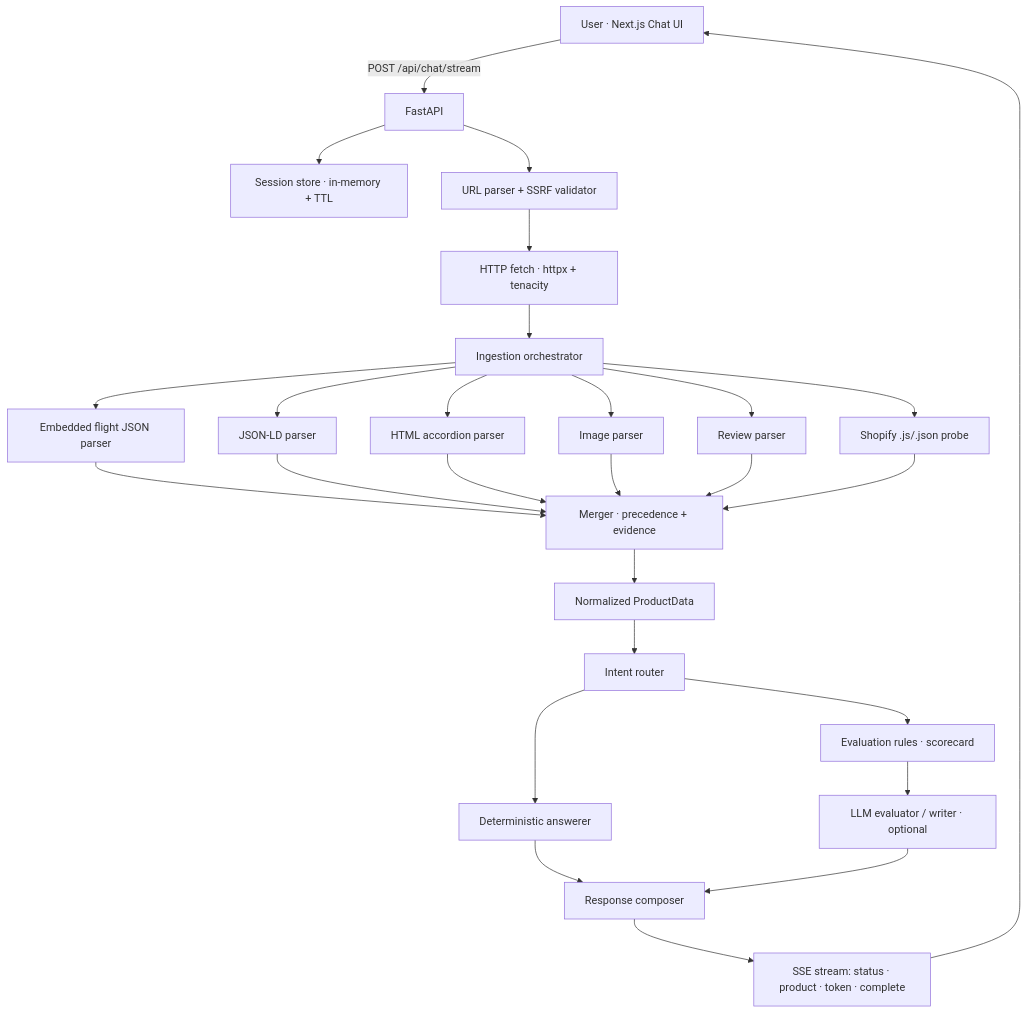
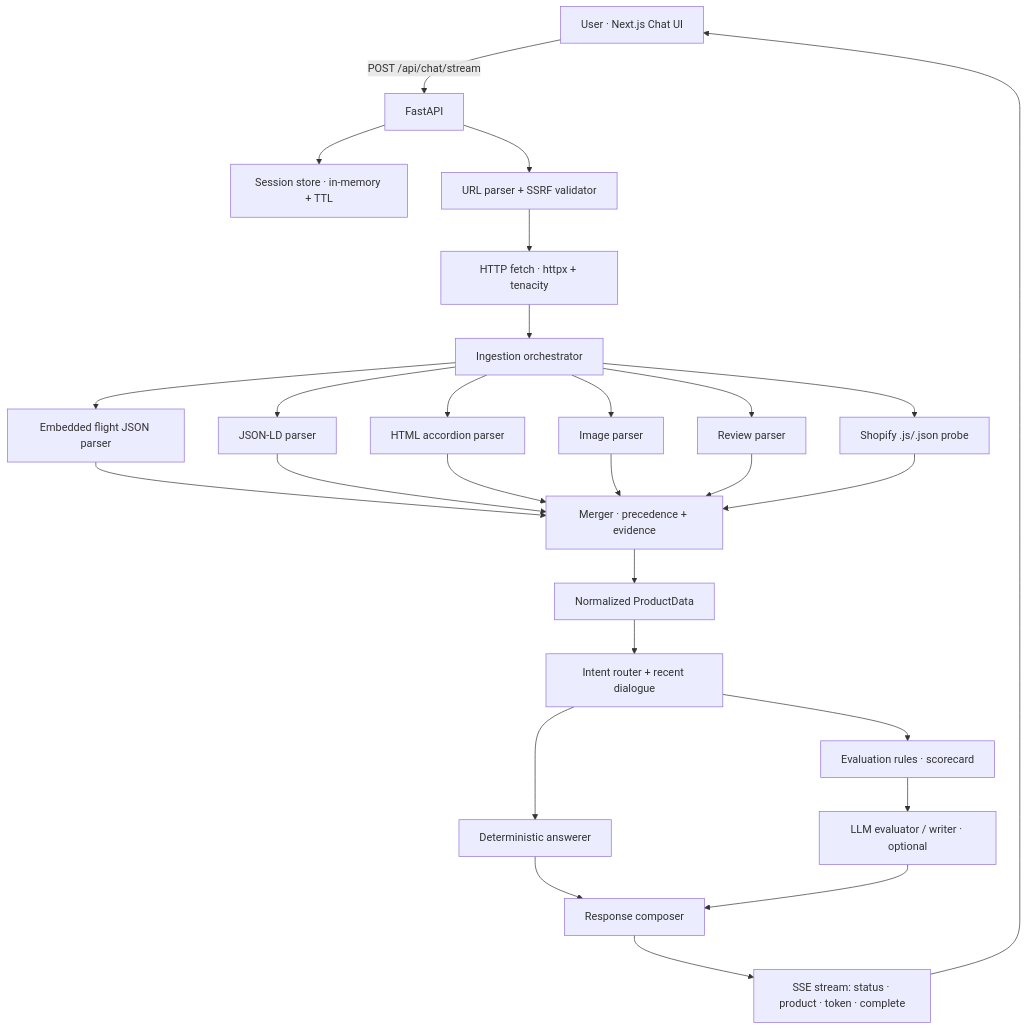
Before and after one commit to vortexash/healf-product-intelligence-agent: the diagram in docs/architecture.md, drawn with Mermaid. The commit also changed other lines of this file and 29 other files, not shown here.

````diff
--- a/docs/architecture.md
+++ b/docs/architecture.md
@@ -8,23 +9,23 @@
 ```mermaid
 flowchart TD
     U[User · Next.js Chat UI] -->|POST /api/chat/stream| API[FastAPI]
     API --> SESSION[Session store · in-memory + TTL]
     API --> URL[URL parser + SSRF validator]
     URL --> FETCH[HTTP fetch · httpx + tenacity]
     FETCH --> INGEST[Ingestion orchestrator]
     INGEST --> EMB[Embedded flight JSON parser]
     INGEST --> LD[JSON-LD parser]
     INGEST --> HTML[HTML accordion parser]
     INGEST --> IMG[Image parser]
     INGEST --> REV[Review parser]
     INGEST --> SHOP[Shopify .js/.json probe]
     EMB & LD & HTML & IMG & REV & SHOP --> MERGE[Merger · precedence + evidence]
     MERGE --> PROD[Normalized ProductData]
-    PROD --> ROUTER[Intent router]
+    PROD --> ROUTER[Intent router + recent dialogue]
     ROUTER --> FACTS[Deterministic answerer]
     ROUTER --> RULES[Evaluation rules · scorecard]
     RULES --> LLM[LLM evaluator / writer · optional]
     FACTS & LLM --> COMPOSE[Response composer]
     COMPOSE --> SSE[SSE stream: status · product · token · complete]
     SSE --> U
 ```
````
